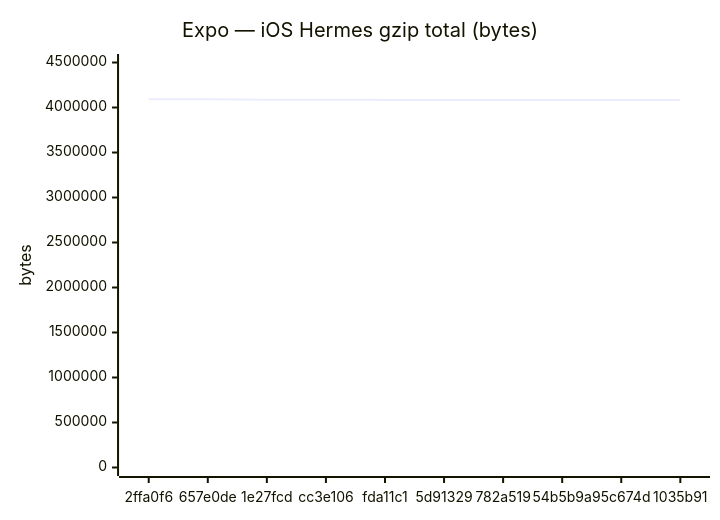
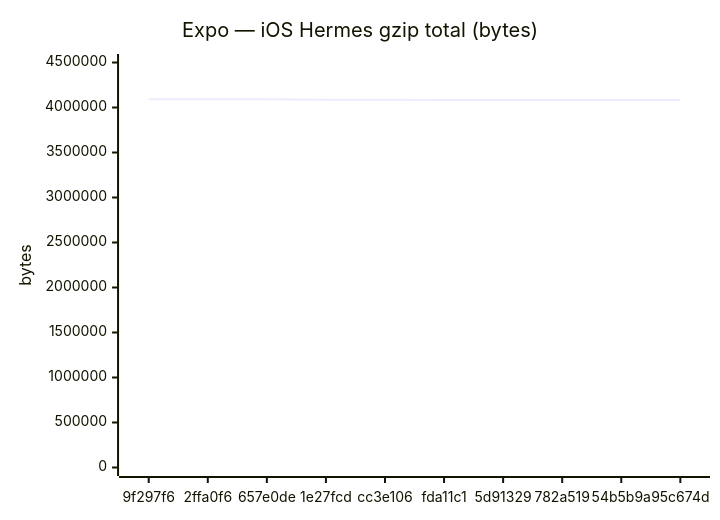
Before and after one commit to Metaheurist/Rianell: the sixth of 18 diagrams in benchmarks/compare.md, drawn with Mermaid. The commit also changed other lines of this file and 11 other files, not shown here.

````diff
--- a/benchmarks/compare.md
+++ b/benchmarks/compare.md
@@ -96,7 +96,7 @@
 ```mermaid
 xychart-beta
     title "Expo — iOS Hermes gzip total (bytes)"
-    x-axis ["2ffa0f6", "657e0de", "1e27fcd", "cc3e106", "fda11c1", "5d91329", "782a519", "54b5b9a", "95c674d", "1035b91"]
-    y-axis "bytes" 0 --> 4500157
-    line [4091051, 4090884, 4087417, 4087412, 4084812, 4084805, 4084677, 4082348, 4083105, 4083108]
+    x-axis ["9f297f6", "2ffa0f6", "657e0de", "1e27fcd", "cc3e106", "fda11c1", "5d91329", "782a519", "54b5b9a", "95c674d"]
+    y-axis "bytes" 0 --> 4500158
+    line [4091052, 4091051, 4090884, 4087417, 4087412, 4084812, 4084805, 4084677, 4082348, 4083105]
 ```
````
